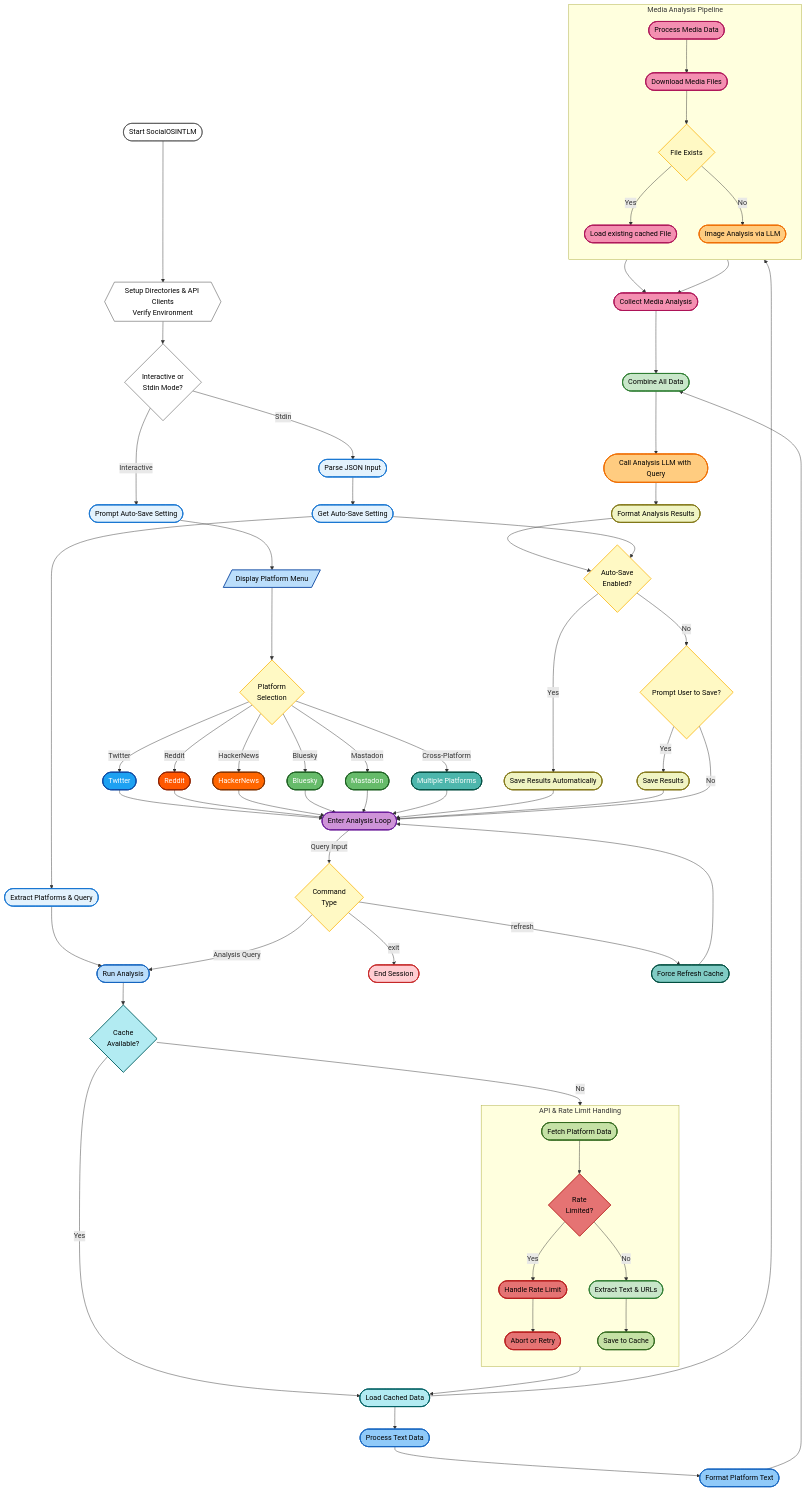
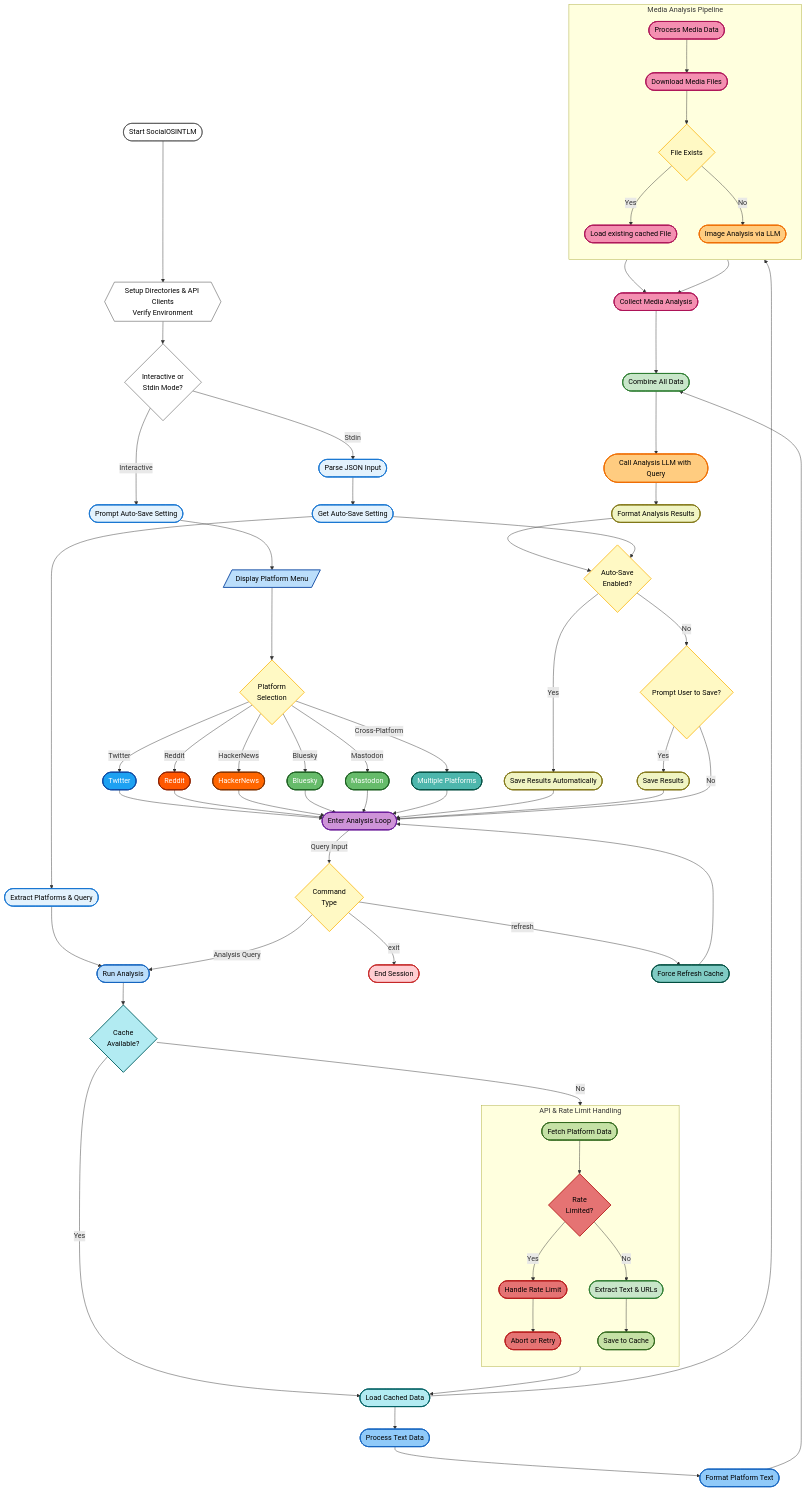
The diagram in README.md (bm-github/SocialOSINTLM), drawn with Mermaid before and after one commit. The commit also changed other lines of this file, not shown here.

```diff
--- a/README.md
+++ b/README.md
@@ -48,7 +48,7 @@
     D -->|Reddit| E2([Reddit]):::redditClass
     D -->|HackerNews| E3([HackerNews]):::hnClass
     D -->|Bluesky| E4([Bluesky]):::bskyClass
-    D -->|Mastadon| E5([Mastadon]):::mastadonClass
+    D -->|Mastodon| E5([Mastodon]):::MastodonClass
     D -->|Cross-Platform| E6([Multiple Platforms]):::multiClass
 
     %% Stdin Mode Path
@@ -130,7 +130,7 @@
     classDef redditClass fill:#FF5700,stroke:#8D2202,stroke-width:2px,color:#FFF
     classDef hnClass fill:#FF6600,stroke:#7F3300,stroke-width:2px,color:#FFF
     classDef bskyClass fill:#66BB6A,stroke:#1B5E20,stroke-width:2px,color:#FFF
-    classDef mastadonClass fill:#66BB6A,stroke:#1B5E20,stroke-width:2px,color:#FFF
+    classDef MastodonClass fill:#66BB6A,stroke:#1B5E20,stroke-width:2px,color:#FFF
     classDef multiClass fill:#4DB6AC,stroke:#004D40,stroke-width:2px,color:#FFF
     classDef inputClass fill:#E3F2FD,stroke:#1976D2,stroke-width:2px,color:#000
     classDef loopClass fill:#CE93D8,stroke:#6A1B9A,stroke-width:2px,color:#000
```
